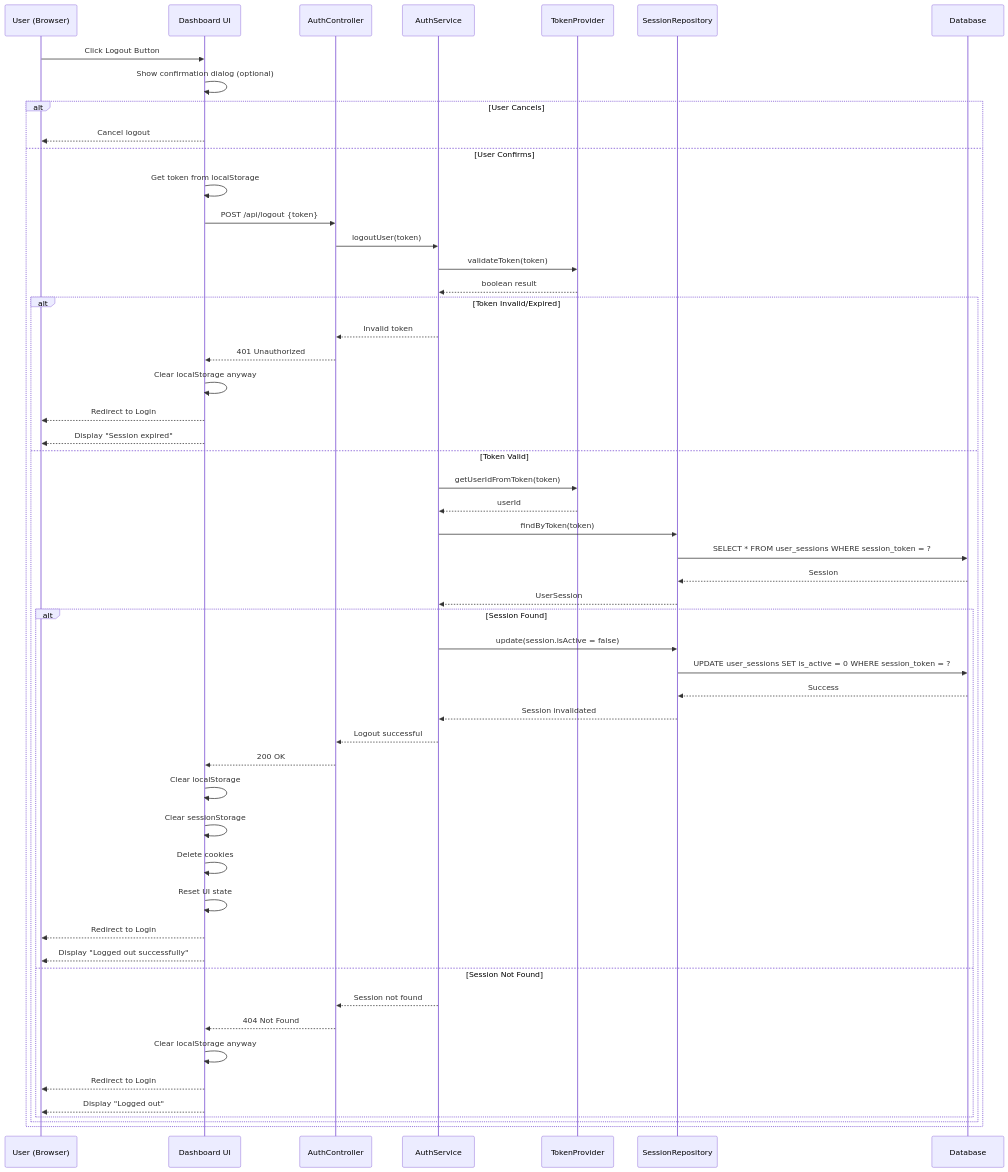
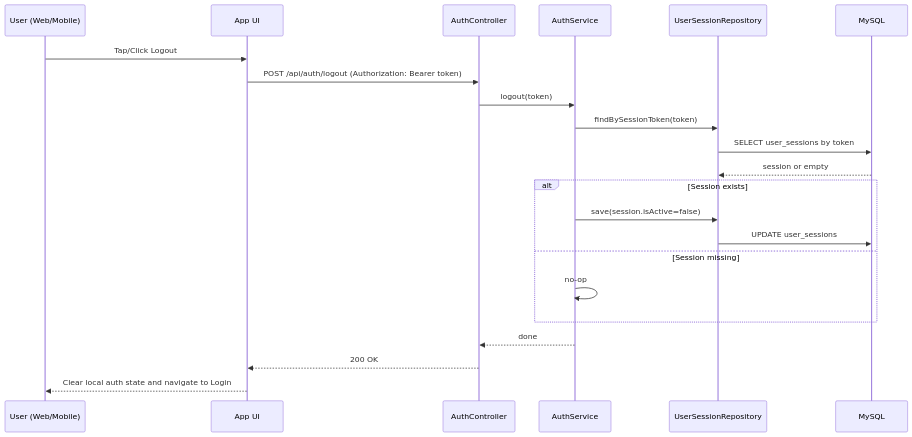
One commit to gintongbarko/IT342_G5_Matsuda_Lab1 changed the diagram in docs/sequence-logout.mermaid. Above: the diagram before and after it, drawn with Mermaid. The commit also changed 47 other files, not shown here.

First line of the commit message:
feat: Implement Timesheet functionality with dashboard, clock in/out, and registration enhancements

```diff
--- a/docs/sequence-logout.mermaid
+++ b/docs/sequence-logout.mermaid
@@ -1,66 +1,26 @@
 sequenceDiagram
-    participant User as User (Browser)
-    participant UI as Dashboard UI
+    participant User as User (Web/Mobile)
+    participant UI as App UI
     participant AuthCtrl as AuthController
     participant AuthSvc as AuthService
-    participant Token as TokenProvider
-    participant SessRepo as SessionRepository
-    participant DB as Database
-    
-    User->>UI: Click Logout Button
-    
-    UI->>UI: Show confirmation dialog (optional)
-    
-    alt User Cancels
-        UI-->>User: Cancel logout
-    else User Confirms
-        UI->>UI: Get token from localStorage
-        
-        UI->>AuthCtrl: POST /api/logout {token}
-        
-        AuthCtrl->>AuthSvc: logoutUser(token)
-        
-        AuthSvc->>Token: validateToken(token)
-        Token-->>AuthSvc: boolean result
-        
-        alt Token Invalid/Expired
-            AuthSvc-->>AuthCtrl: Invalid token
-            AuthCtrl-->>UI: 401 Unauthorized
-            UI->>UI: Clear localStorage anyway
-            UI-->>User: Redirect to Login
-            UI-->>User: Display "Session expired"
-        else Token Valid
-            AuthSvc->>Token: getUserIdFromToken(token)
-            Token-->>AuthSvc: userId
-            
-            AuthSvc->>SessRepo: findByToken(token)
-            SessRepo->>DB: SELECT * FROM user_sessions WHERE session_token = ?
-            DB-->>SessRepo: Session
-            SessRepo-->>AuthSvc: UserSession
-            
-            alt Session Found
-                AuthSvc->>SessRepo: update(session.isActive = false)
-                SessRepo->>DB: UPDATE user_sessions SET is_active = 0 WHERE session_token = ?
-                DB-->>SessRepo: Success
-                SessRepo-->>AuthSvc: Session invalidated
-                
-                AuthSvc-->>AuthCtrl: Logout successful
-                AuthCtrl-->>UI: 200 OK
-                
-                UI->>UI: Clear localStorage
-                UI->>UI: Clear sessionStorage
-                UI->>UI: Delete cookies
-                UI->>UI: Reset UI state
-                
-                UI-->>User: Redirect to Login
-                UI-->>User: Display "Logged out successfully"
-            else Session Not Found
-                AuthSvc-->>AuthCtrl: Session not found
-                AuthCtrl-->>UI: 404 Not Found
-                
-                UI->>UI: Clear localStorage anyway
-                UI-->>User: Redirect to Login
-                UI-->>User: Display "Logged out"
-            end
-        end
+    participant SessRepo as UserSessionRepository
+    participant DB as MySQL
+
+    User->>UI: Tap/Click Logout
+    UI->>AuthCtrl: POST /api/auth/logout (Authorization: Bearer token)
+    AuthCtrl->>AuthSvc: logout(token)
+
+    AuthSvc->>SessRepo: findBySessionToken(token)
+    SessRepo->>DB: SELECT user_sessions by token
+    DB-->>SessRepo: session or empty
+
+    alt Session exists
+        AuthSvc->>SessRepo: save(session.isActive=false)
+        SessRepo->>DB: UPDATE user_sessions
+    else Session missing
+        AuthSvc->>AuthSvc: no-op
     end
+
+    AuthSvc-->>AuthCtrl: done
+    AuthCtrl-->>UI: 200 OK
+    UI-->>User: Clear local auth state and navigate to Login
```
